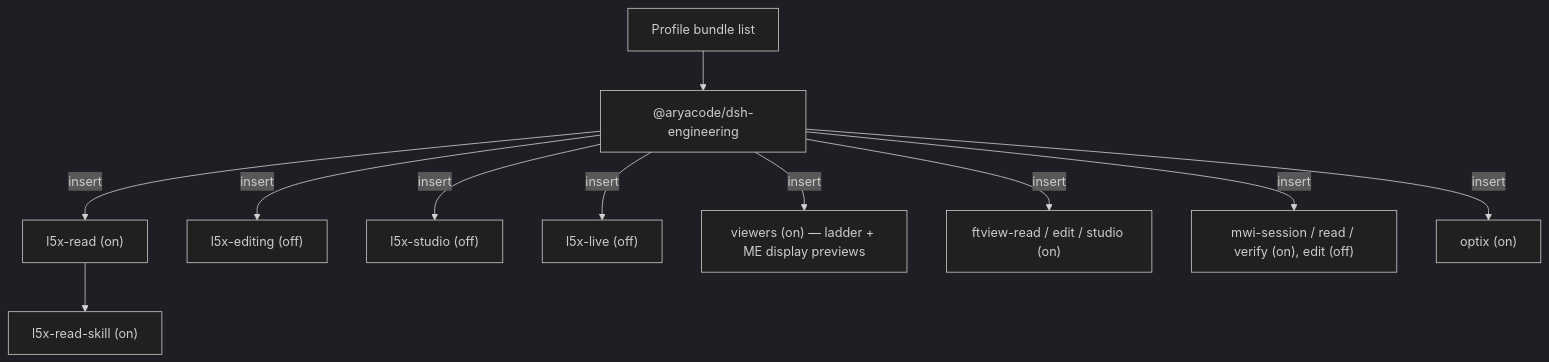
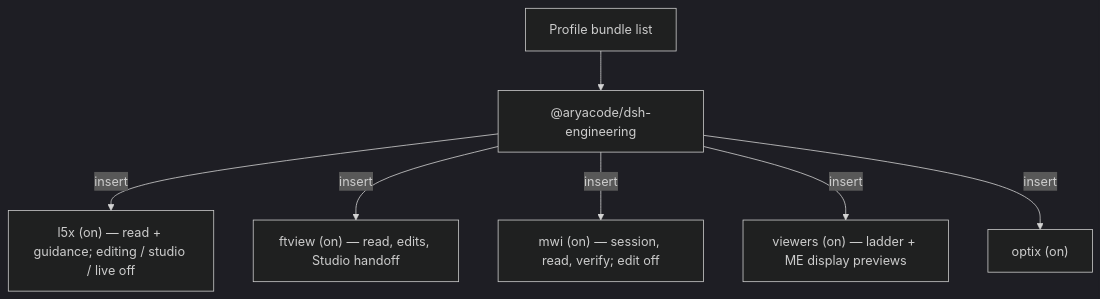
The diagram in README.md (KonnectSuite/dsh-engineering), drawn with Mermaid (dark theme) before and after one commit. The commit also changed other lines of this file and 8 other files, not shown here.

````diff
--- a/README.md
+++ b/README.md
@@ -142,13 +146,9 @@
 ```mermaid
 flowchart TB
   Profile["Profile bundle list"] --> Bundle["@aryacode/dsh-engineering"]
-  Bundle -->|insert| L5XRead["l5x-read (on)"]
-  L5XRead --> L5XSkill["l5x-read-skill (on)"]
-  Bundle -->|insert| L5XEdit["l5x-editing (off)"]
-  Bundle -->|insert| L5XStudio["l5x-studio (off)"]
-  Bundle -->|insert| L5XLive["l5x-live (off)"]
+  Bundle -->|insert| L5X["l5x (on) — read + guidance; editing / studio / live off"]
+  Bundle -->|insert| FTV["ftview (on) — read, edits, Studio handoff"]
+  Bundle -->|insert| MWI["mwi (on) — session, read, verify; edit off"]
   Bundle -->|insert| Viewers["viewers (on) — ladder + ME display previews"]
-  Bundle -->|insert| FTV["ftview-read / edit / studio (on)"]
-  Bundle -->|insert| MWI["mwi-session / read / verify (on), edit (off)"]
   Bundle -->|insert| Optix["optix (on)"]
 ```
````
